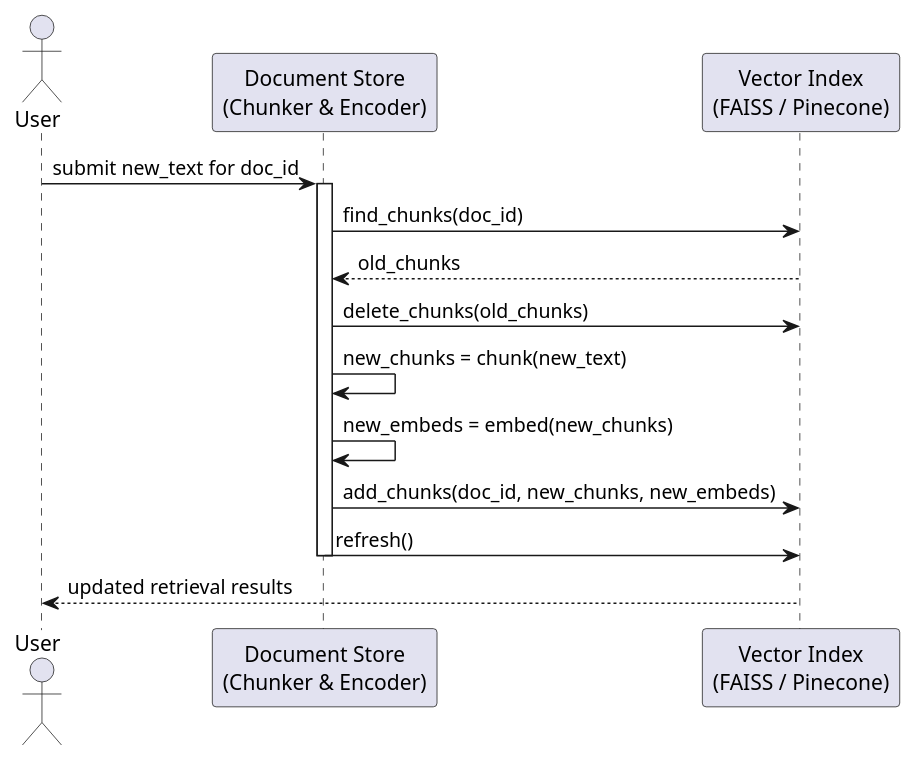
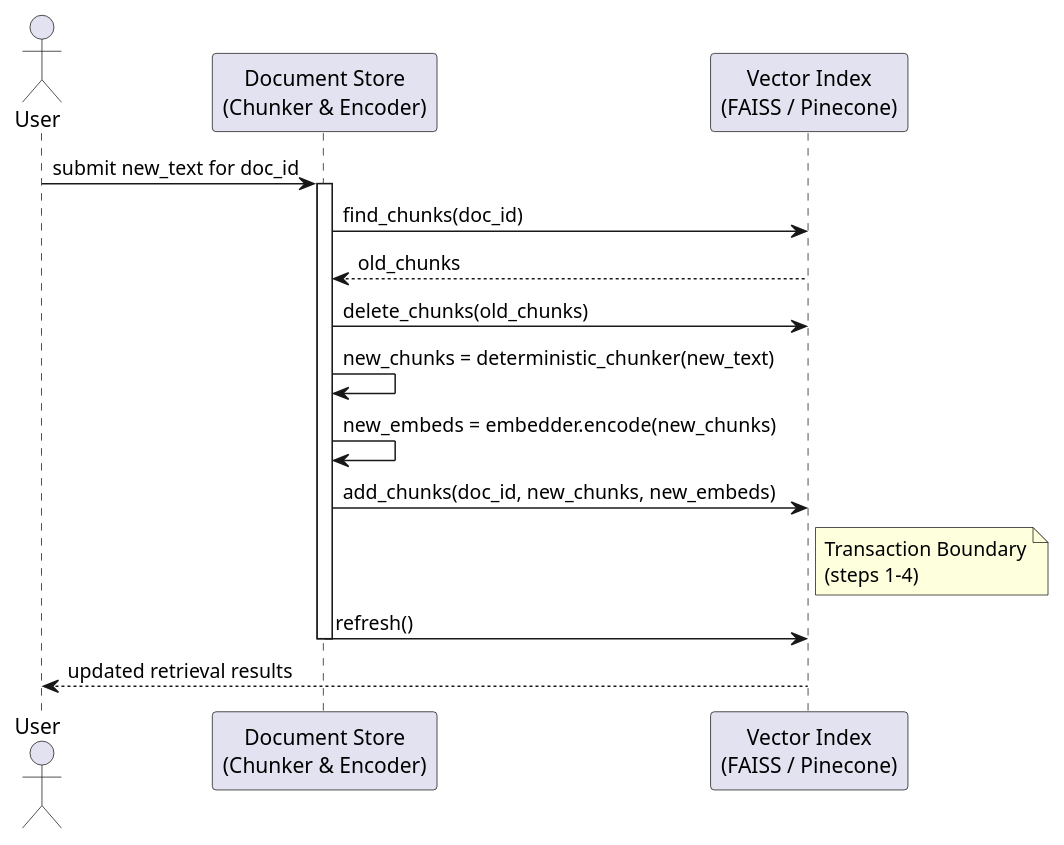
One commit to InquiryInstitute/AIPA changed the diagram in aipa/llm-elevated/ch07-lecture-05.adoc. Above: the diagram before and after it, drawn with PlantUML. The commit also changed other lines of this file and 128 other files, not shown here.

```diff
--- a/aipa/llm-elevated/ch07-lecture-05.adoc
+++ b/aipa/llm-elevated/ch07-lecture-05.adoc
@@ -112,20 +140,21 @@
 [plantuml, update-document-flow, svg]
 ----
 @startuml
 actor User
 participant "Document Store\n(Chunker & Encoder)" as DS
 participant "Vector Index\n(FAISS / Pinecone)" as IDX
 
 User -> DS : submit new_text for doc_id
 activate DS
 DS -> IDX : find_chunks(doc_id)
 IDX --> DS : old_chunks
 DS -> IDX : delete_chunks(old_chunks)
-DS -> DS : new_chunks = chunk(new_text)
-DS -> DS : new_embeds = embed(new_chunks)
+DS -> DS : new_chunks = deterministic_chunker(new_text)
+DS -> DS : new_embeds = embedder.encode(new_chunks)
 DS -> IDX : add_chunks(doc_id, new_chunks, new_embeds)
+note right of IDX : Transaction Boundary\n(steps 1‑4)
 DS -> IDX : refresh()
 deactivate DS
 IDX --> User : updated retrieval results
 @enduml
 ----
```
